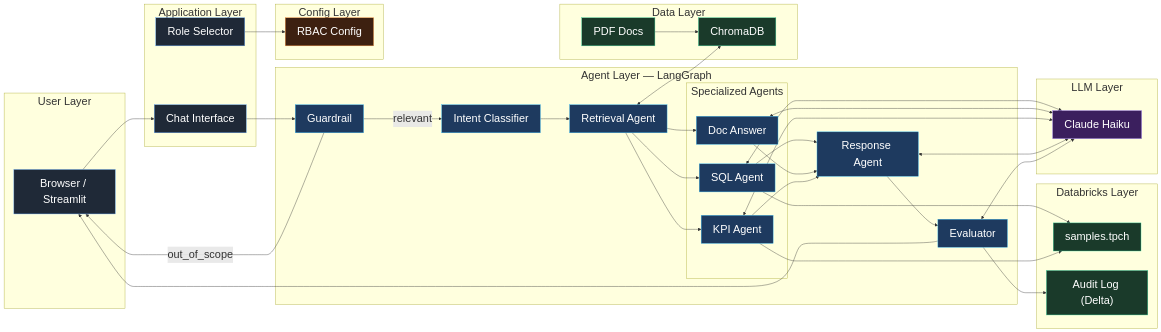
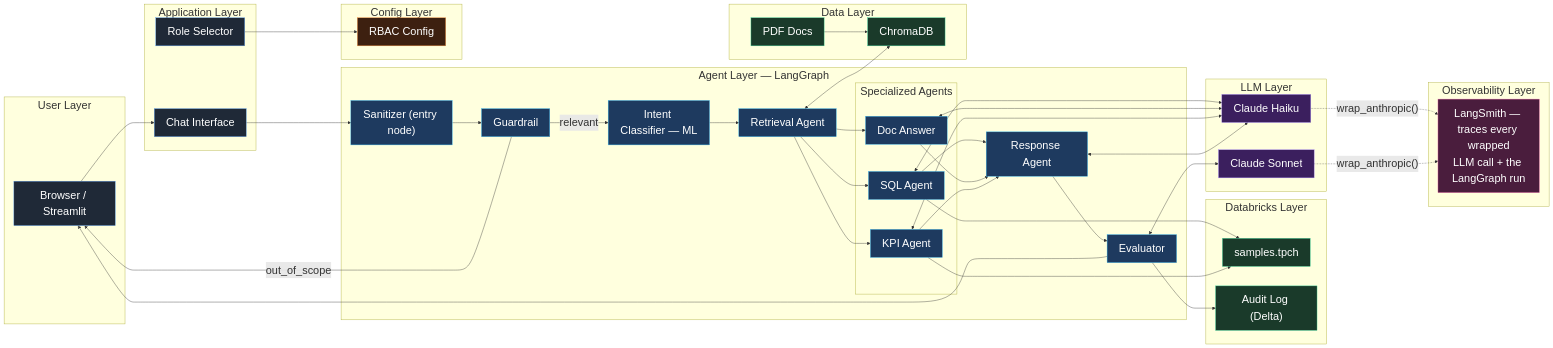
Before and after one commit to piyushraj6789/multi-agent-data-assistant-v2: the second of 13 diagrams in documentation/architecture.md, drawn with Mermaid. The commit also changed other lines of this file and 8 other files, not shown here.

````diff
--- a/documentation/architecture.md
+++ b/documentation/architecture.md
@@ -288,8 +352,9 @@
     end
 
     subgraph AgentLayer["Agent Layer — LangGraph"]
+        San["Sanitizer (entry node)"]
         GR["Guardrail"]
-        IC["Intent Classifier"]
+        IC["Intent Classifier — ML"]
         RA["Retrieval Agent"]
         subgraph SpecAgents["Specialized Agents"]
             SA["SQL Agent"]
@@ -312,6 +377,11 @@
 
     subgraph LLMLayer["LLM Layer"]
         Haiku["Claude Haiku"]
+        Sonnet["Claude Sonnet"]
+    end
+
+    subgraph ObsLayer["Observability Layer"]
+        LangSmith["LangSmith — traces every wrapped<br/>LLM call + the LangGraph run"]
     end
 
     subgraph CfgLayer["Config Layer"]
@@ -320,7 +390,8 @@
 
     Browser --> ChatUI
     Sidebar --> RBAC
-    ChatUI --> GR
+    ChatUI --> San
+    San --> GR
     GR -->|"relevant"| IC
     GR -->|"out_of_scope"| Browser
     IC --> RA
@@ -336,17 +407,21 @@
     DocA <--> Haiku
     KpiA <--> Haiku
     ResA <--> Haiku
-    Eval <--> Haiku
+    Eval <--> Sonnet
+    Haiku -.->|"wrap_anthropic()"| LangSmith
+    Sonnet -.->|"wrap_anthropic()"| LangSmith
 
     classDef agent fill:#1e3a5f,stroke:#38bdf8,color:#fff
     classDef llm fill:#3b1f5e,stroke:#a78bfa,color:#fff
     classDef data fill:#1a3a2a,stroke:#34d399,color:#fff
     classDef cfg fill:#3d2010,stroke:#fb923c,color:#fff
     classDef ui fill:#1f2937,stroke:#60a5fa,color:#fff
+    classDef obs fill:#4a1d3d,stroke:#f472b6,color:#fff
 
-    class GR,IC,RA,SA,DocA,KpiA,ResA,Eval agent
-    class Haiku llm
+    class San,GR,IC,RA,SA,DocA,KpiA,ResA,Eval agent
+    class Haiku,Sonnet llm
     class ChromaDB,PDFs,TPCH,AuditLog data
     class RBAC cfg
     class Browser,ChatUI,Sidebar ui
+    class LangSmith obs
 ```
````
